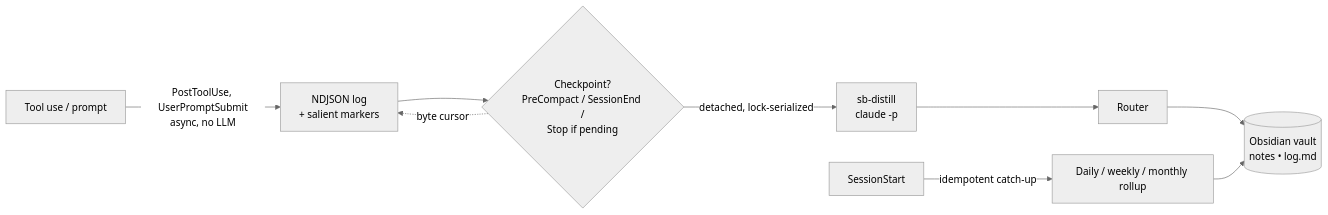
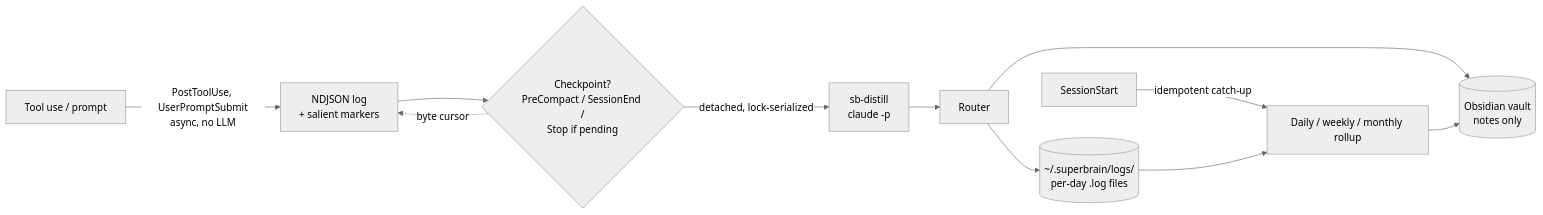
The diagram in README.md (m3talux/superbrain), drawn with Mermaid (neutral theme) before and after one commit. The commit also changed other lines of this file and 50 other files, not shown here.

First line of the commit message:
feat: unify vault path, raise note quality, split daily write logs

````diff
--- a/README.md
+++ b/README.md
@@ -50,11 +52,13 @@
 ```mermaid
 flowchart LR
   A[Tool use / prompt] -->|PostToolUse, UserPromptSubmit<br/>async, no LLM| B[NDJSON log<br/>+ salient markers]
   B --> C{Checkpoint?<br/>PreCompact / SessionEnd /<br/>Stop if pending}
   C -->|detached, lock-serialized| D[sb-distill<br/>claude -p]
   D --> E[Router]
-  E --> F[(Obsidian vault<br/>notes • log.md)]
+  E --> F[(Obsidian vault<br/>notes only)]
+  E --> L[(~/.superbrain/logs/<br/>per-day .log files)]
   C -.->|byte cursor| B
   G[SessionStart] -->|idempotent catch-up| H[Daily / weekly / monthly rollup]
   H --> F
+  L --> H
 ```
````
